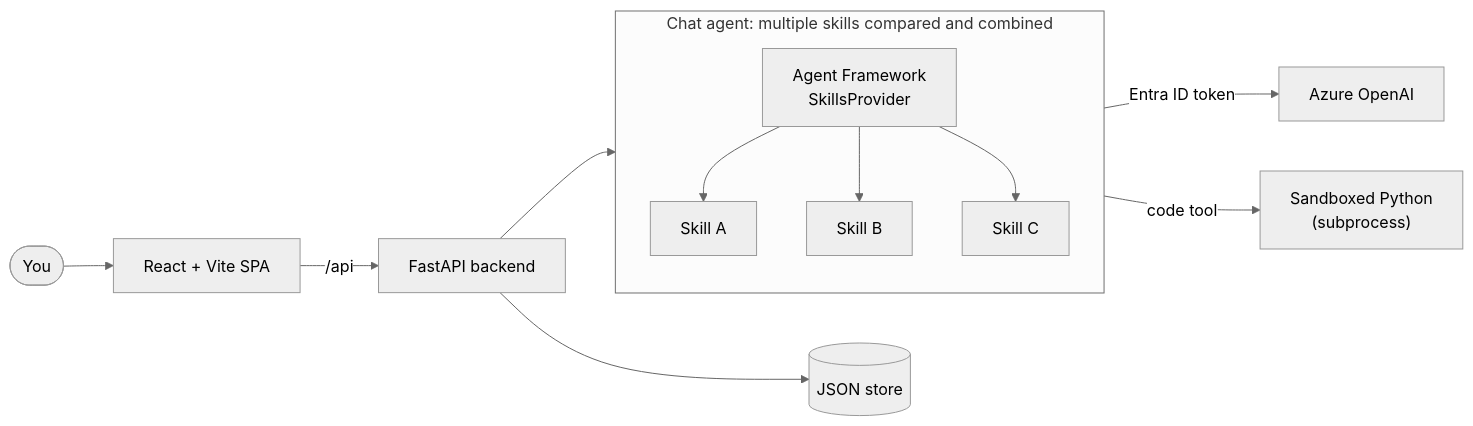
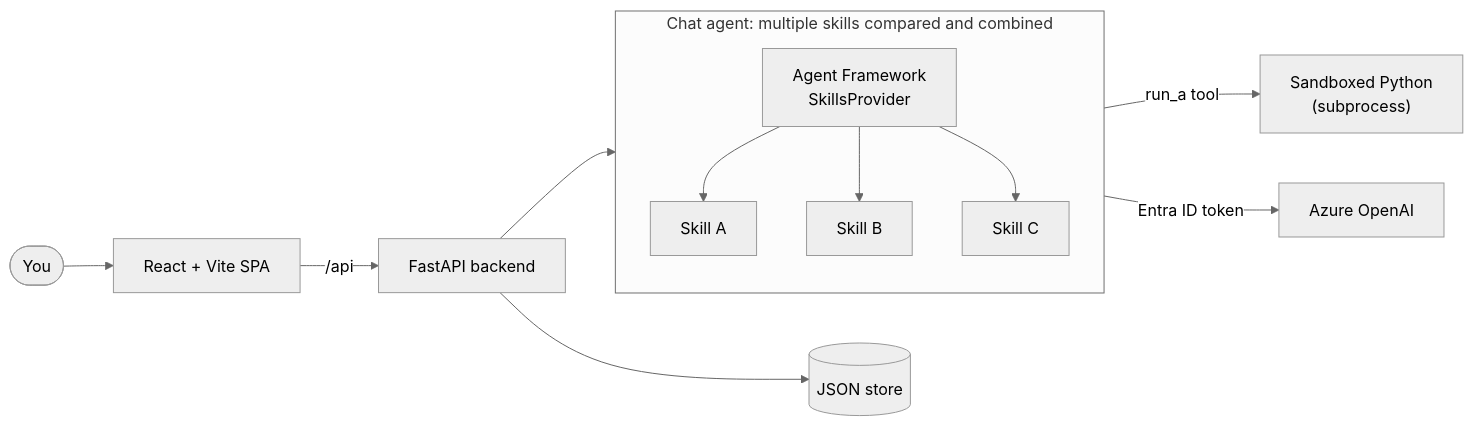
Before and after one commit to obrocki/agent-skills-dev-studio: the diagram in README.md, drawn with Mermaid (neutral theme). The commit also changed other lines of this file and 11 other files, not shown here.

````diff
--- a/README.md
+++ b/README.md
@@ -34,21 +34,21 @@
 ```mermaid
 flowchart LR
     You([You]) --> SPA["React + Vite SPA"]
     SPA -->|/api| API["FastAPI backend"]
     API --> Store[("JSON store")]
 
     subgraph Chat["Chat agent: multiple skills compared and combined"]
         direction TB
         AF["Agent Framework<br/>SkillsProvider"]
         S1["Skill A"]
         S2["Skill B"]
         S3["Skill C"]
         AF --> S1
         AF --> S2
         AF --> S3
     end
 
     API --> Chat
     Chat -->|Entra ID token| AOAI["Azure OpenAI"]
-    Chat -->|code tool| Exec["Sandboxed Python<br/>(subprocess)"]
+    S1 -->|run_a tool| Exec["Sandboxed Python<br/>(subprocess)"]
 ```
````
